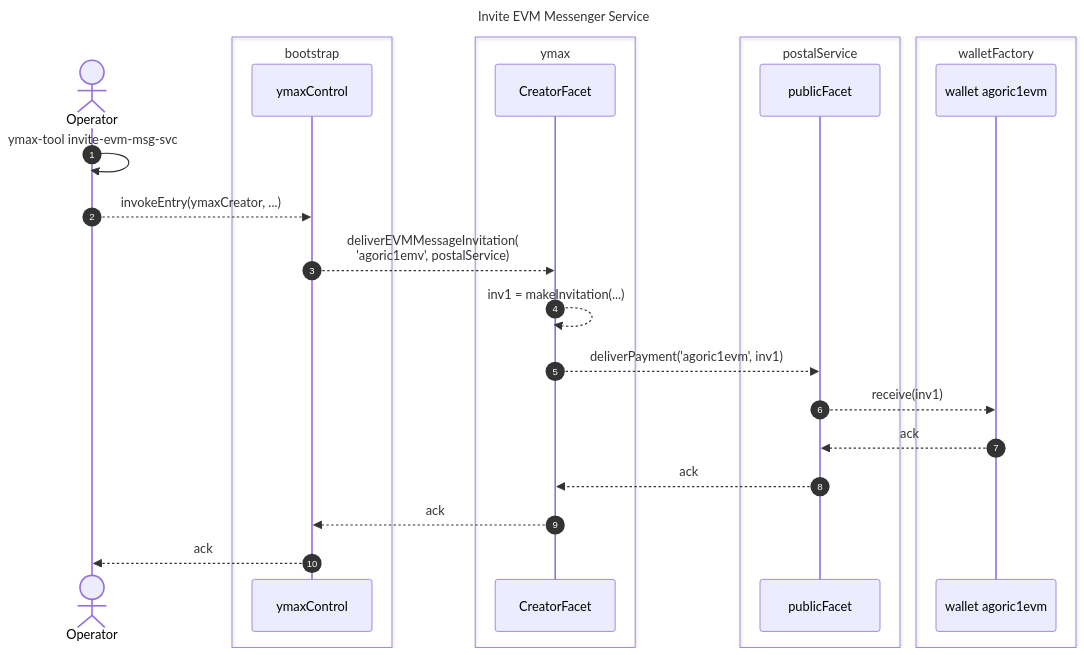
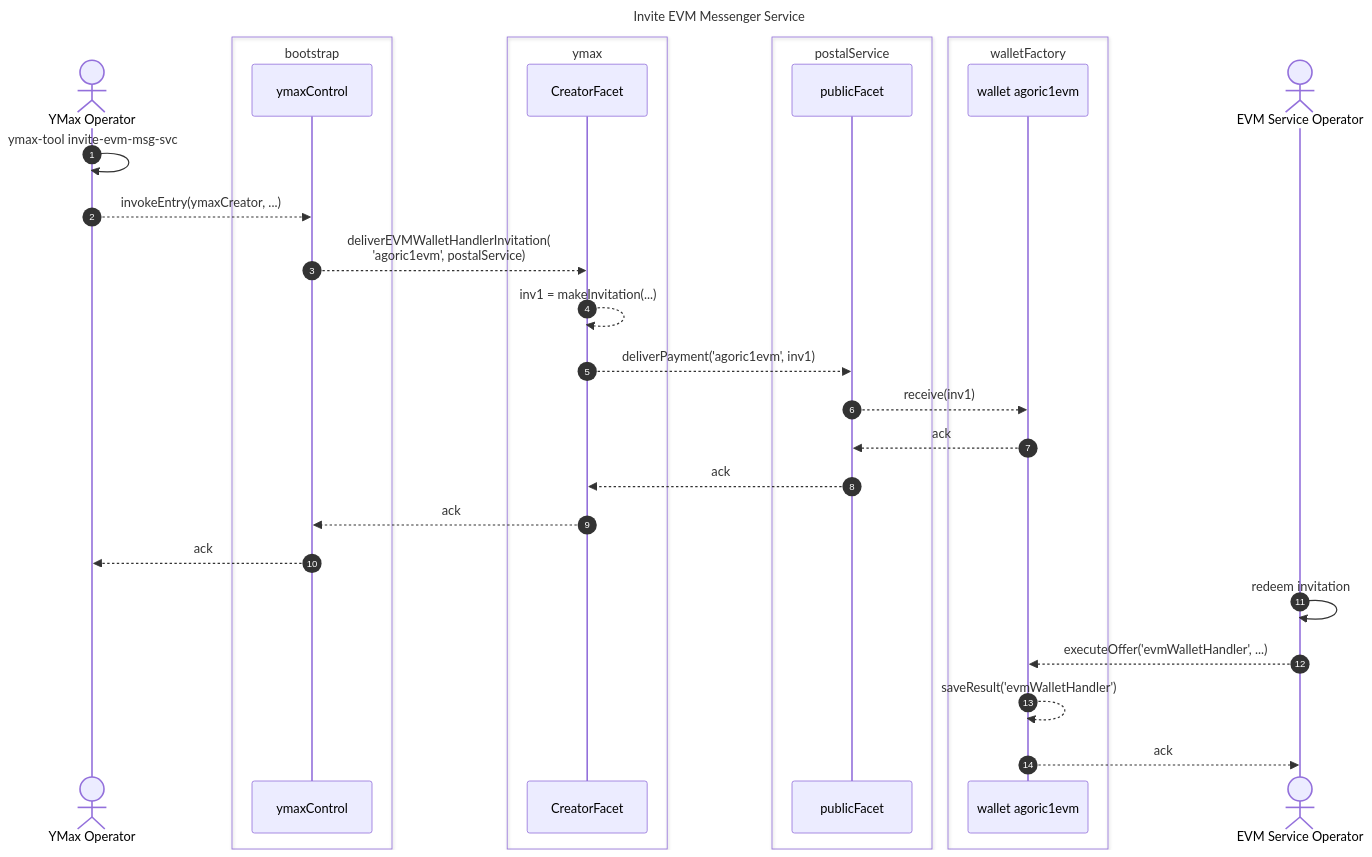
One commit to Agoric/agoric-sdk changed the first of 6 diagrams in packages/portfolio-contract/docs-design/evm-wallet.md. Above: the diagram before and after it, drawn with Mermaid. The commit also changed other lines of this file, not shown here.

Commit message:
docs: detail redeeming of invitation

````diff
--- a/packages/portfolio-contract/docs-design/evm-wallet.md
+++ b/packages/portfolio-contract/docs-design/evm-wallet.md
@@ -7,35 +7,41 @@
 ```mermaid
 sequenceDiagram
   title: Invite EVM Messenger Service
 
   %% Conventions:
   %% - use `box` for vats / contracts
   %% - `->>` denotes a spontaneous action (initiating cause)
   %% - `-->>` denotes a consequence of a prior message
 
   autonumber
-  actor op as Operator
+  actor op as YMax Operator
   box bootstrap
   participant YC as ymaxControl
   end
   box ymax
   participant CF as CreatorFacet
   end
   box postalService
   participant PS as publicFacet
   end
   box walletFactory
   participant W as wallet agoric1evm
   end
+  actor evm as EVM Service Operator
 
   op->>op: ymax-tool invite-evm-msg-svc
   op-->>YC: invokeEntry(ymaxCreator, ...)
-  YC-->>CF: deliverEVMMessageInvitation(<br/>'agoric1emv', postalService)
+  YC-->>CF: deliverEVMWalletHandlerInvitation(<br/>'agoric1evm', postalService)
   CF-->>CF: inv1 = makeInvitation(...)
   CF-->>PS: deliverPayment('agoric1evm', inv1)
   PS-->>W: receive(inv1)
   W-->>PS: ack
   PS-->>CF: ack
   CF-->>YC: ack
   YC-->>op: ack
+
+  evm->>evm: redeem invitation
+  evm-->>W: executeOffer('evmWalletHandler', ...)
+  W-->>W: saveResult('evmWalletHandler')
+  W-->>evm: ack
 ```
````
